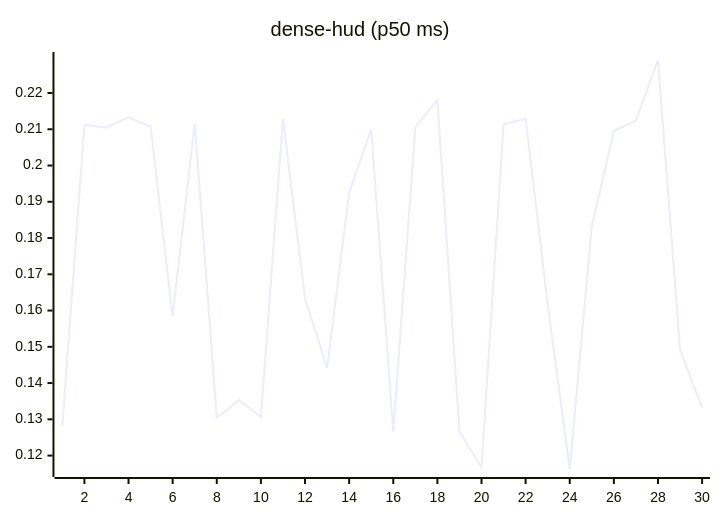
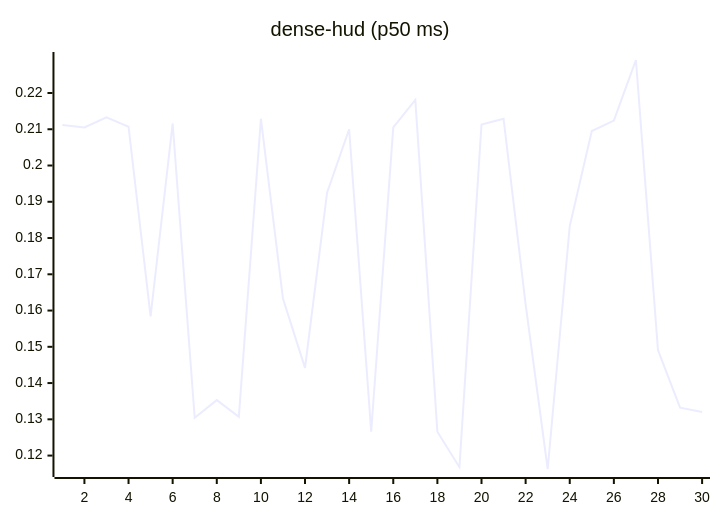
Before and after one commit to josha/Facet: the eighth of 27 diagrams in README.md, drawn with Mermaid. The commit also changed other lines of this file and 2 other files, not shown here.

````diff
--- a/README.md
+++ b/README.md
@@ -112,6 +112,6 @@
 ```mermaid
 xychart-beta
     title "dense-hud (p50 ms)"
     x-axis 1 --> 30
-    line [0.1283, 0.2112, 0.2105, 0.2133, 0.2107, 0.1584, 0.2116, 0.1304, 0.1353, 0.1307, 0.2129, 0.1633, 0.1442, 0.1925, 0.2100, 0.1266, 0.2105, 0.2181, 0.1266, 0.1168, 0.2113, 0.2129, 0.1617, 0.1163, 0.1833, 0.2095, 0.2124, 0.2291, 0.1491, 0.1332]
+    line [0.2112, 0.2105, 0.2133, 0.2107, 0.1584, 0.2116, 0.1304, 0.1353, 0.1307, 0.2129, 0.1633, 0.1442, 0.1925, 0.2100, 0.1266, 0.2105, 0.2181, 0.1266, 0.1168, 0.2113, 0.2129, 0.1617, 0.1163, 0.1833, 0.2095, 0.2124, 0.2291, 0.1491, 0.1332, 0.1320]
 ```
````
